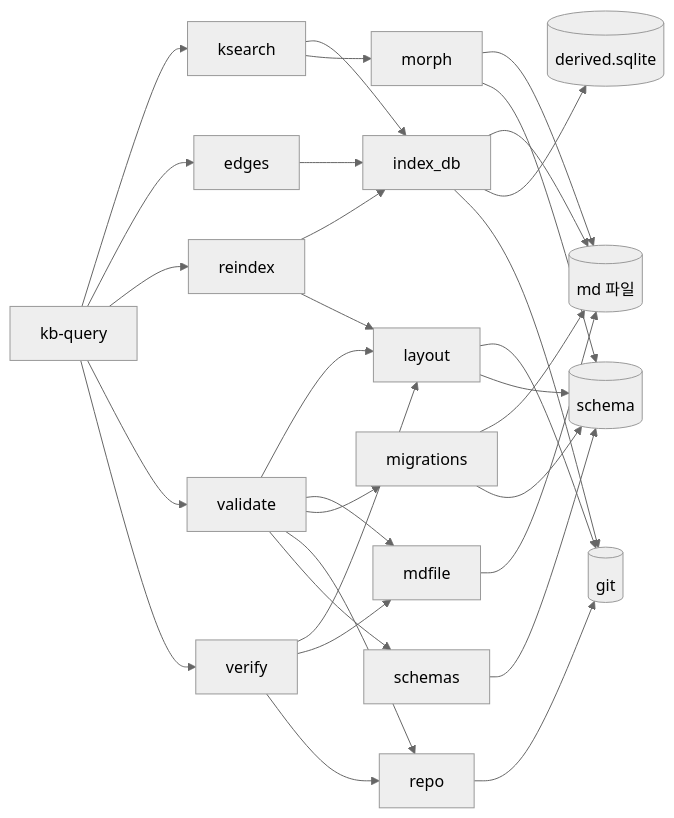
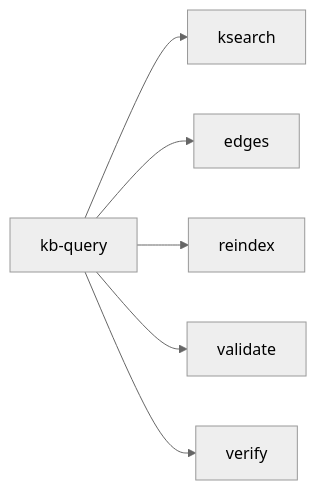
The second of 7 diagrams in core/.agents/review/07-스킬별-종속.md (alteralab/syntopicon), drawn with Mermaid (neutral theme) before and after one commit. The commit also changed other lines of this file and 1 other file, not shown here.

````diff
--- a/core/.agents/review/07-스킬별-종속.md
+++ b/core/.agents/review/07-스킬별-종속.md
@@ -75,24 +46,4 @@
 ```mermaid
 graph LR
-    S["kb-query"]
-
-    S --> T1["ksearch"]
-    S --> T2["edges"]
-    S --> T3["reindex"]
-    S --> T4["validate"]
-    S --> T5["verify"]
-
-    T1 --> M_idx["index_db"] & M_mor["morph"]
-    T2 --> M_idx
-    T3 --> M_idx & M_lay["layout"]
-    T4 --> M_lay & M_md["mdfile"] & M_mig["migrations"] & M_repo["repo"] & M_sch["schemas"]
-    T5 --> M_lay & M_md & M_repo
-
-    M_idx --> D_md[("md 파일")] & D_der[("derived.sqlite")] & D_git[("git")]
-    M_mor --> D_md & D_sch[("schema")]
-    M_md --> D_md
-    M_mig --> D_md & D_sch
-    M_lay --> D_git & D_sch
-    M_sch --> D_sch
-    M_repo --> D_git
+    S["kb-query"] --> A["ksearch"] & B["edges"] & C["reindex"] & D["validate"] & E["verify"]
 ```
````
